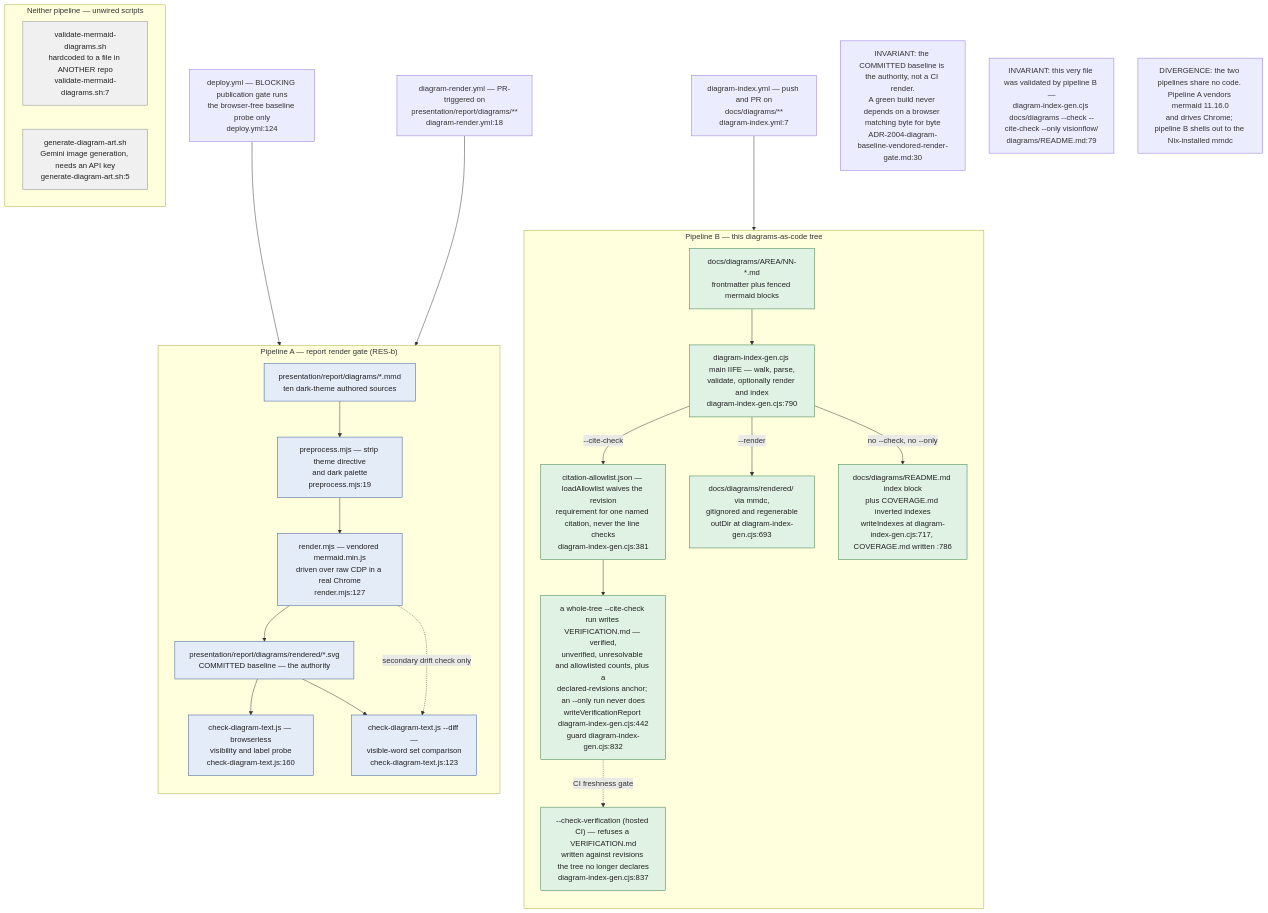
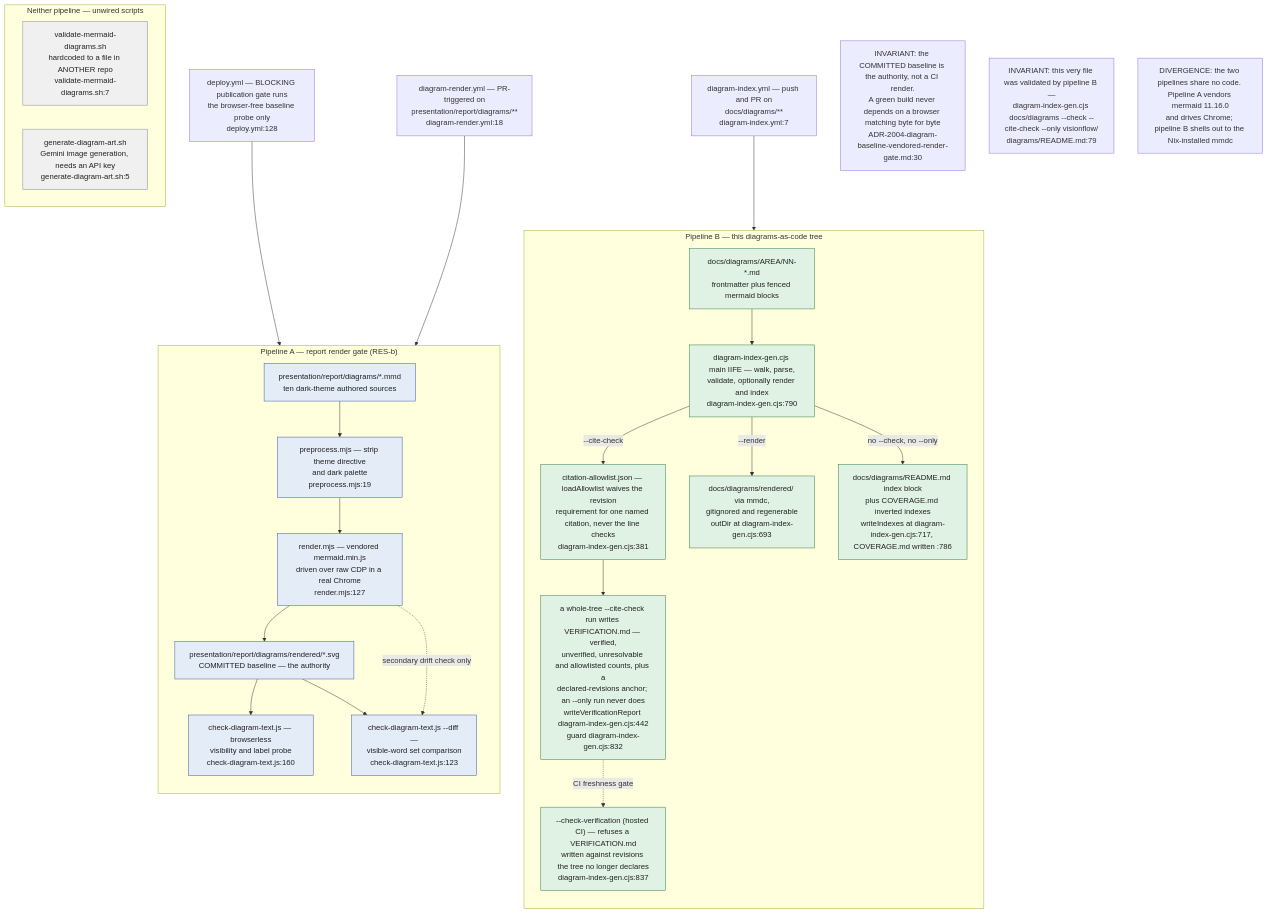
The first of 14 diagrams in docs/diagrams/visionflow/06-diagram-tooling.md (DreamLab-AI/VisionFlow), drawn with Mermaid before and after one commit. The commit also changed other lines of this file and 20 other files, not shown here.

Commit message:
docs(diagrams): reflect the S-3, S-7c/d/f and S-4(3) fixes in the corpus

````diff
--- a/docs/diagrams/visionflow/06-diagram-tooling.md
+++ b/docs/diagrams/visionflow/06-diagram-tooling.md
@@ -35,49 +35,49 @@
 ```mermaid
 flowchart TB
     classDef pipeA fill:#e4ecf8,stroke:#33559a,color:#222
     classDef pipeB fill:#e0f2e4,stroke:#2f7a45,color:#222
     classDef orphan fill:#f0f0f0,stroke:#888,color:#222
 
     subgraph A["Pipeline A — report render gate (RES-b)"]
         direction TB
         AS["presentation/report/diagrams/*.mmd<br/>ten dark-theme authored sources"]:::pipeA
         APRE["preprocess.mjs — strip theme directive<br/>and dark palette<br/>preprocess.mjs:19"]:::pipeA
         AREN["render.mjs — vendored mermaid.min.js<br/>driven over raw CDP in a real Chrome<br/>render.mjs:127"]:::pipeA
         ABASE["presentation/report/diagrams/rendered/*.svg<br/>COMMITTED baseline — the authority"]:::pipeA
         ACHK["check-diagram-text.js — browserless<br/>visibility and label probe<br/>check-diagram-text.js:160"]:::pipeA
         ADIFF["check-diagram-text.js --diff —<br/>visible-word set comparison<br/>check-diagram-text.js:123"]:::pipeA
         AS --> APRE --> AREN --> ABASE
         ABASE --> ACHK
         AREN -.->|"secondary drift check only"| ADIFF
         ABASE --> ADIFF
     end
 
     subgraph B["Pipeline B — this diagrams-as-code tree"]
         direction TB
         BS["docs/diagrams/AREA/NN-*.md<br/>frontmatter plus fenced mermaid blocks"]:::pipeB
         BGEN["diagram-index-gen.cjs main IIFE — walk, parse,<br/>validate, optionally render and index<br/>diagram-index-gen.cjs:790"]:::pipeB
         BALLOW["citation-allowlist.json — loadAllowlist waives the revision<br/>requirement for one named citation, never the line checks<br/>diagram-index-gen.cjs:381"]:::pipeB
         BVER["a whole-tree --cite-check run writes VERIFICATION.md — verified,<br/>unverified, unresolvable and allowlisted counts, plus a<br/>declared-revisions anchor; an --only run never does<br/>writeVerificationReport diagram-index-gen.cjs:442<br/>guard diagram-index-gen.cjs:832"]:::pipeB
         BCHKV["--check-verification (hosted CI) — refuses a VERIFICATION.md<br/>written against revisions the tree no longer declares<br/>diagram-index-gen.cjs:837"]:::pipeB
         BREND["docs/diagrams/rendered/ via mmdc,<br/>gitignored and regenerable<br/>outDir at diagram-index-gen.cjs:693"]:::pipeB
         BIDX["docs/diagrams/README.md index block<br/>plus COVERAGE.md inverted indexes<br/>writeIndexes at diagram-index-gen.cjs:717, COVERAGE.md written :786"]:::pipeB
         BS --> BGEN
         BGEN -->|"--cite-check"| BALLOW --> BVER
         BVER -.->|"CI freshness gate"| BCHKV
         BGEN -->|"--render"| BREND
         BGEN -->|"no --check, no --only"| BIDX
     end
 
     WA["diagram-render.yml — PR-triggered on<br/>presentation/report/diagrams/**<br/>diagram-render.yml:18"] --> A
     WB["diagram-index.yml — push and PR on<br/>docs/diagrams/**<br/>diagram-index.yml:7"] --> B
-    WD["deploy.yml — BLOCKING publication gate runs<br/>the browser-free baseline probe only<br/>deploy.yml:124"] --> ACHK
+    WD["deploy.yml — BLOCKING publication gate runs<br/>the browser-free baseline probe only<br/>deploy.yml:128"] --> ACHK
 
     subgraph O["Neither pipeline — unwired scripts"]
         OV["validate-mermaid-diagrams.sh<br/>hardcoded to a file in ANOTHER repo<br/>validate-mermaid-diagrams.sh:7"]:::orphan
         OG["generate-diagram-art.sh<br/>Gemini image generation, needs an API key<br/>generate-diagram-art.sh:5"]:::orphan
     end
 
     NOTE1["INVARIANT: the COMMITTED baseline is the authority, not a CI render.<br/>A green build never depends on a browser matching byte for byte<br/>ADR-2004-diagram-baseline-vendored-render-gate.md:30"]
     NOTE2["INVARIANT: this very file was validated by pipeline B —<br/>diagram-index-gen.cjs docs/diagrams --check --cite-check --only visionflow/<br/>diagrams/README.md:79"]
     NOTE3["DIVERGENCE: the two pipelines share no code. Pipeline A vendors mermaid 11.16.0<br/>and drives Chrome; pipeline B shells out to the Nix-installed mmdc"]
 ```
````
